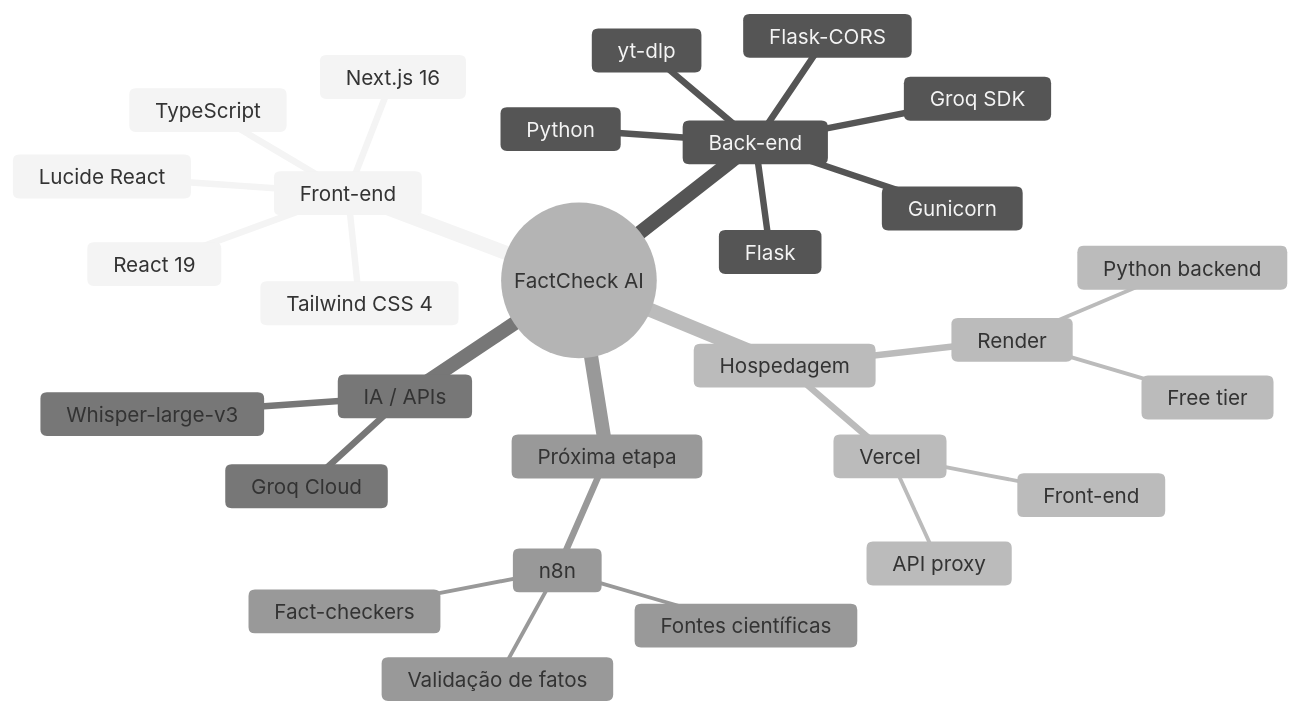
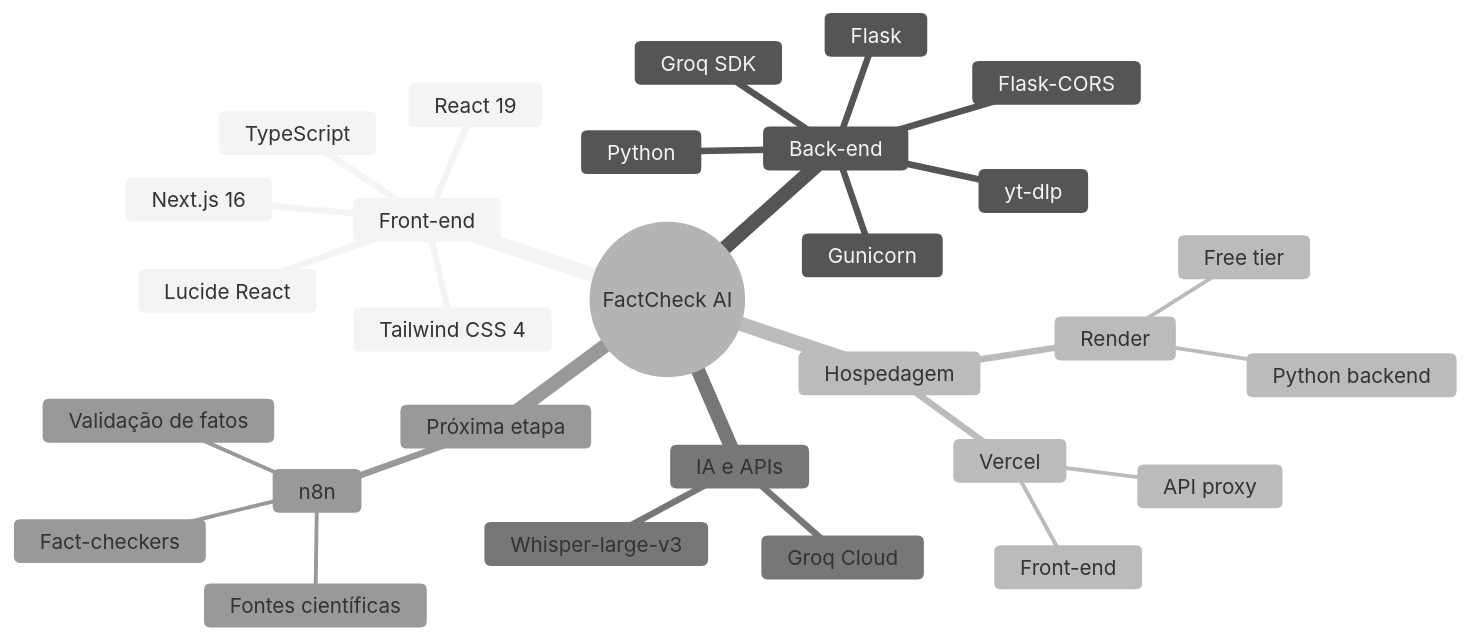
Before and after one commit to matheussvml/TCC: the sixth of 7 diagrams in DIAGRAMA.md, drawn with Mermaid (neutral theme). The commit also changed other lines of this file, not shown here.

Commit message:
diagrama

````diff
--- a/DIAGRAMA.md
+++ b/DIAGRAMA.md
@@ -177,32 +177,32 @@
 ```mermaid
 mindmap
   root((FactCheck AI))
     Front-end
       Next.js 16
       React 19
       TypeScript
       Tailwind CSS 4
       Lucide React
     Back-end
       Python
       Flask
       Flask-CORS
       yt-dlp
       Groq SDK
       Gunicorn
     Hospedagem
       Vercel
         Front-end
         API proxy
       Render
         Python backend
         Free tier
-    IA / APIs
+    IA e APIs
       Groq Cloud
       Whisper-large-v3
     Próxima etapa
       n8n
         Validação de fatos
         Fontes científicas
         Fact-checkers
 ```
````
